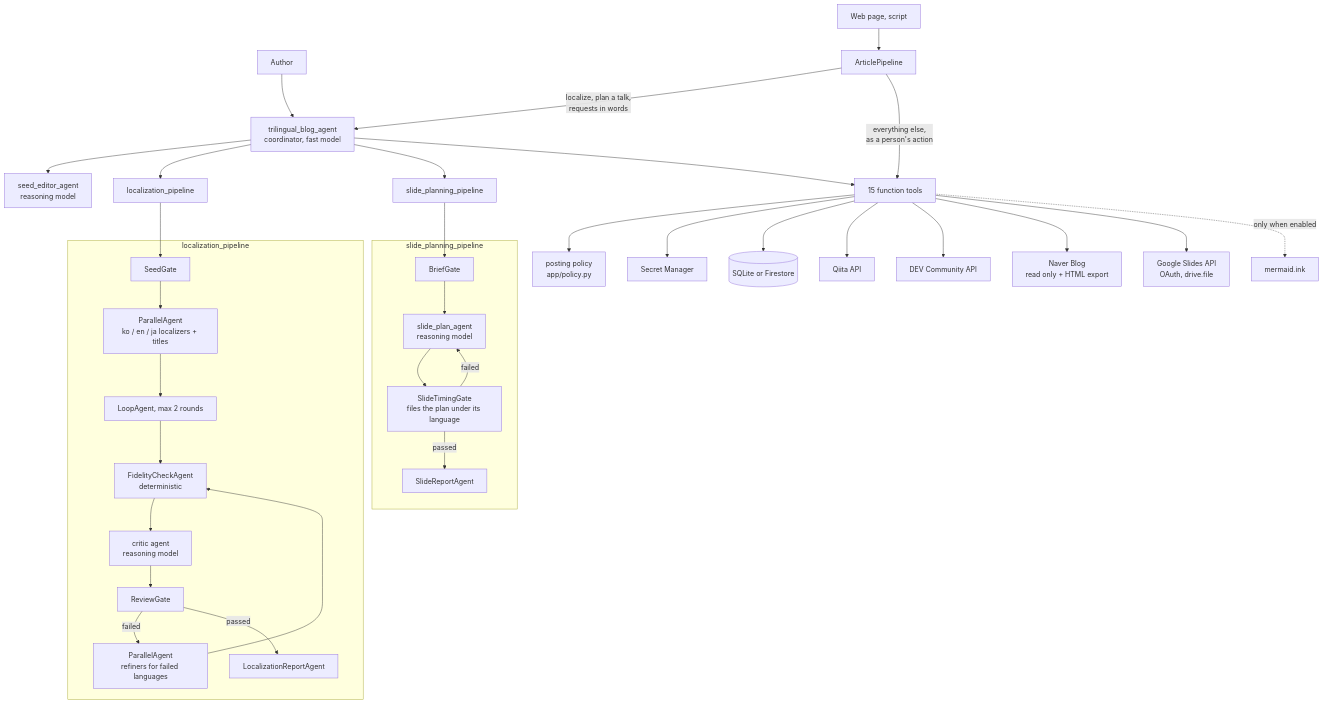
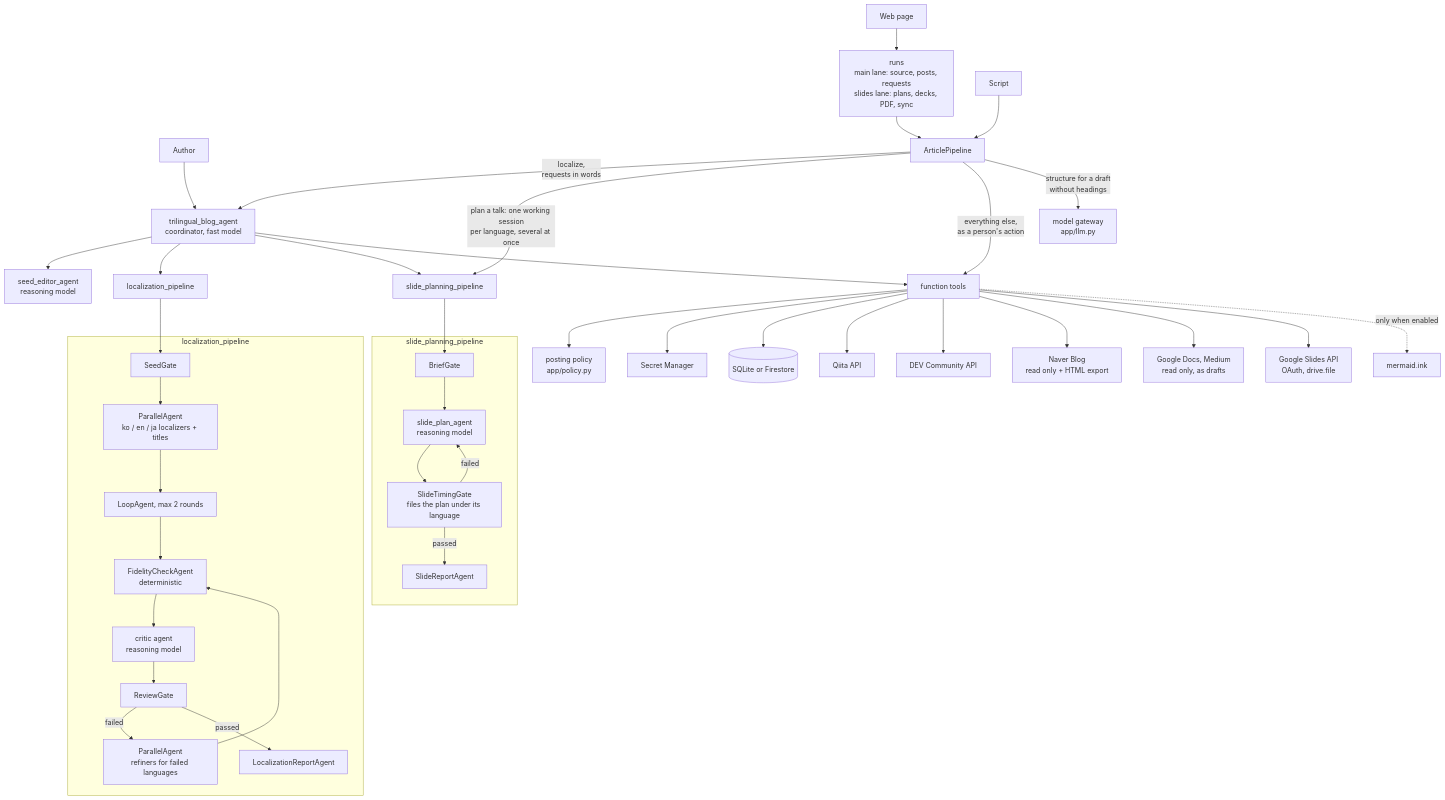
The diagram in README.md (agenthekim/trilingual-blog-agent), drawn with Mermaid before and after one commit. The commit also changed other lines of this file and 9 other files, not shown here.

````diff
--- a/README.md
+++ b/README.md
@@ -46,40 +46,45 @@
 ```mermaid
 flowchart TD
     U[Author] --> C[trilingual_blog_agent<br/>coordinator, fast model]
     C --> SE[seed_editor_agent<br/>reasoning model]
     C --> LP[localization_pipeline]
     C --> SP[slide_planning_pipeline]
-    C --> T[15 function tools]
-    W[Web page, script] --> P[ArticlePipeline]
-    P -->|localize, plan a talk,<br/>requests in words| C
+    C --> T[function tools]
+    W[Web page] --> R[runs<br/>main lane: source, posts, requests<br/>slides lane: plans, decks, PDF, sync]
+    R --> P[ArticlePipeline]
+    S[Script] --> P
+    P -->|localize,<br/>requests in words| C
+    P -->|plan a talk: one working session<br/>per language, several at once| SP
     P -->|everything else,<br/>as a person's action| T
+    P -->|structure for a draft<br/>without headings| G[model gateway<br/>app/llm.py]
     T --> POL[posting policy<br/>app/policy.py]
 
     subgraph LP_detail [localization_pipeline]
         SG[SeedGate] --> FAN[ParallelAgent<br/>ko / en / ja localizers + titles]
         FAN --> LOOP[LoopAgent, max 2 rounds]
         LOOP --> FC[FidelityCheckAgent<br/>deterministic]
         FC --> CR[critic agent<br/>reasoning model]
         CR --> RG[ReviewGate]
         RG -->|failed| RF[ParallelAgent<br/>refiners for failed languages]
         RF --> FC
         RG -->|passed| REP[LocalizationReportAgent]
     end
     LP --> SG
 
     subgraph SP_detail [slide_planning_pipeline]
         BG[BriefGate] --> PL[slide_plan_agent<br/>reasoning model]
         PL --> TG[SlideTimingGate<br/>files the plan under its language]
         TG -->|failed| PL
         TG -->|passed| SR[SlideReportAgent]
     end
     SP --> BG
 
     T --> SM[Secret Manager]
     T --> ST[(SQLite or Firestore)]
     T --> Q[Qiita API]
     T --> D[DEV Community API]
     T --> N[Naver Blog<br/>read only + HTML export]
+    T --> RO[Google Docs, Medium<br/>read only, as drafts]
     T --> GS[Google Slides API<br/>OAuth, drive.file]
     T -.->|only when enabled| MI[mermaid.ink]
 ```
````
